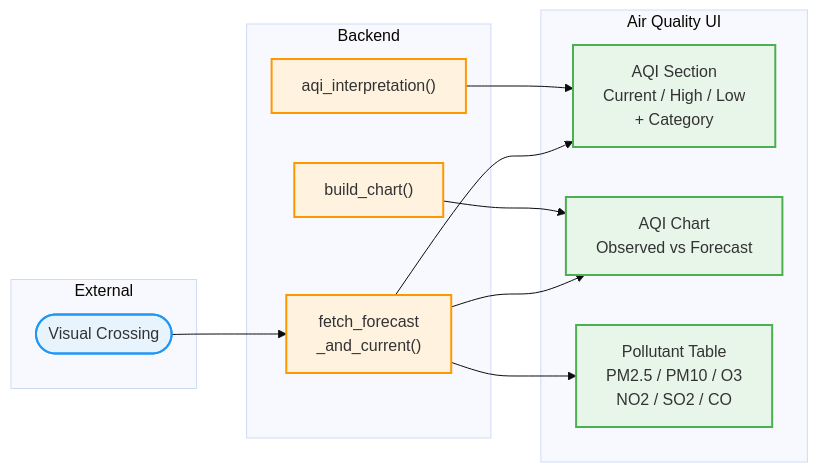
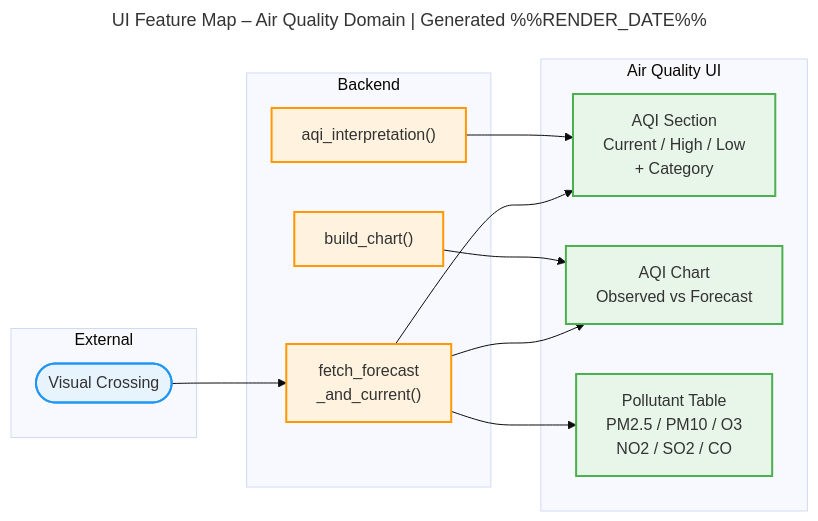
The fifth of 7 diagrams in docs/c4/c4-ui-feature-map.md (RobinWikoff/the-farm-monitor), drawn with Mermaid (base theme) before and after one commit. The commit also changed other lines of this file and 27 other files, not shown here.

First line of the commit message:
Add diagram title + generation date header to all C4 diagrams

````diff
--- a/docs/c4/c4-ui-feature-map.md
+++ b/docs/c4/c4-ui-feature-map.md
@@ -191,33 +203,36 @@
 ```mermaid
+---
+title: UI Feature Map – Air Quality Domain | Generated %%RENDER_DATE%%
+---
 flowchart LR
     subgraph EXT["External"]
         vc_api(["Visual Crossing"])
     end
 
     subgraph BE["Backend"]
         vc_fetch["fetch_forecast\n_and_current()"]
         aqi_interp["aqi_interpretation()"]
         viz["build_chart()"]
     end
 
     subgraph UI["Air Quality UI"]
         aqi_section["AQI Section\nCurrent / High / Low\n+ Category"]
         aqi_chart["AQI Chart\nObserved vs Forecast"]
         pollutant_table["Pollutant Table\nPM2.5 / PM10 / O3\nNO2 / SO2 / CO"]
     end
 
     vc_api --> vc_fetch
     vc_fetch --> aqi_section
     aqi_interp --> aqi_section
     vc_fetch --> aqi_chart
     viz --> aqi_chart
     vc_fetch --> pollutant_table
 
     classDef external fill:#e8f4fd,stroke:#2196F3,stroke-width:2px
     classDef backend fill:#fff3e0,stroke:#FF9800,stroke-width:2px
     classDef ui fill:#e8f5e9,stroke:#4CAF50,stroke-width:2px
 
     class vc_api external
     class vc_fetch,aqi_interp,viz backend
     class aqi_section,aqi_chart,pollutant_table ui
 ```
````
